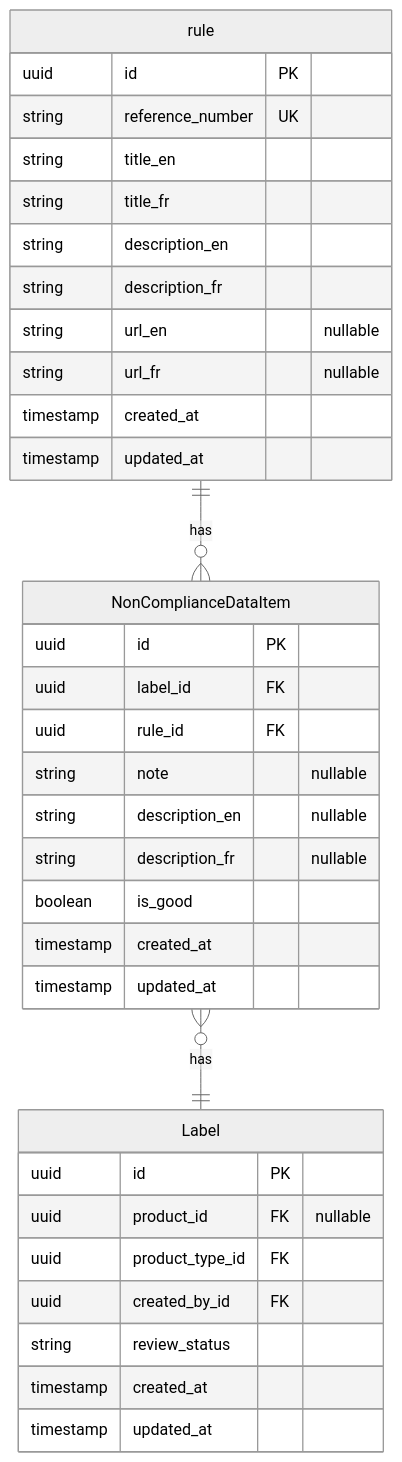
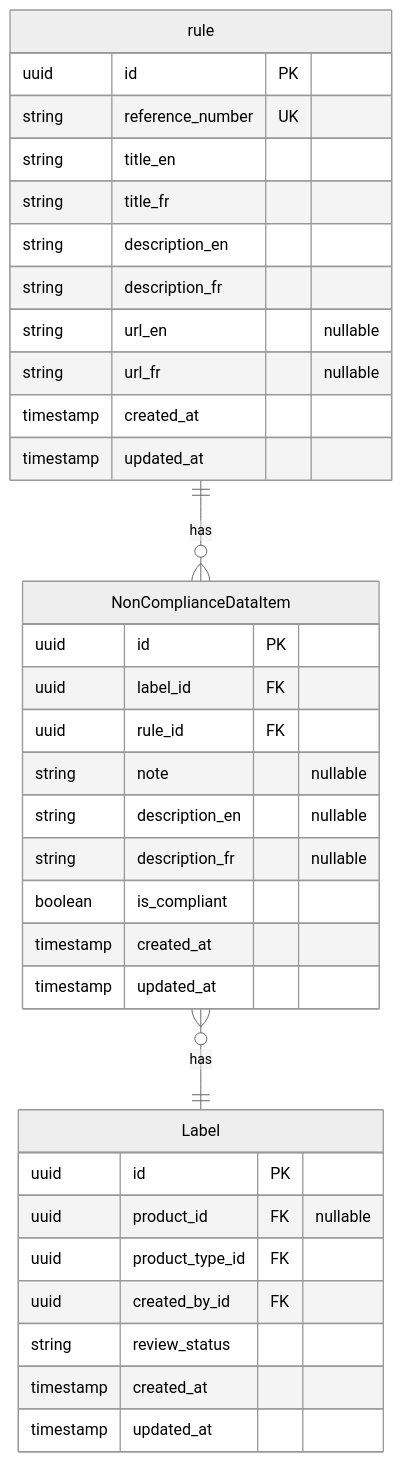
One commit to ai-cfia/fertiscan changed the second of 2 diagrams in docs/compliance/design.md. Above: the diagram before and after it, drawn with Mermaid (neutral theme).

Commit message:
add type: ignore[arg-type] to correct the lint problem on the verify route

````diff
--- a/docs/compliance/design.md
+++ b/docs/compliance/design.md
@@ -33,45 +33,45 @@
 ```mermaid
 erDiagram
 
 
     NonComplianceDataItem }o--|| Label:"has"
     rule ||--o{ NonComplianceDataItem:"has"
     rule{
         uuid id PK
         string reference_number UK
         string title_en
         string title_fr
         string description_en
         string description_fr
         string url_en "nullable"
         string url_fr "nullable"
         timestamp created_at
         timestamp updated_at
     }
 
     NonComplianceDataItem{
         uuid id PK
         uuid label_id FK
         uuid rule_id FK
         string note "nullable"
         string description_en "nullable"
         string description_fr "nullable"
-        boolean is_good
+        boolean is_compliant
         timestamp created_at
         timestamp updated_at
 
     }
 
 
     Label {
         uuid id PK
         uuid product_id FK "nullable"
         uuid product_type_id FK
         uuid created_by_id FK
         string review_status
         timestamp created_at
         timestamp updated_at
     }
 
 
 ```
````
